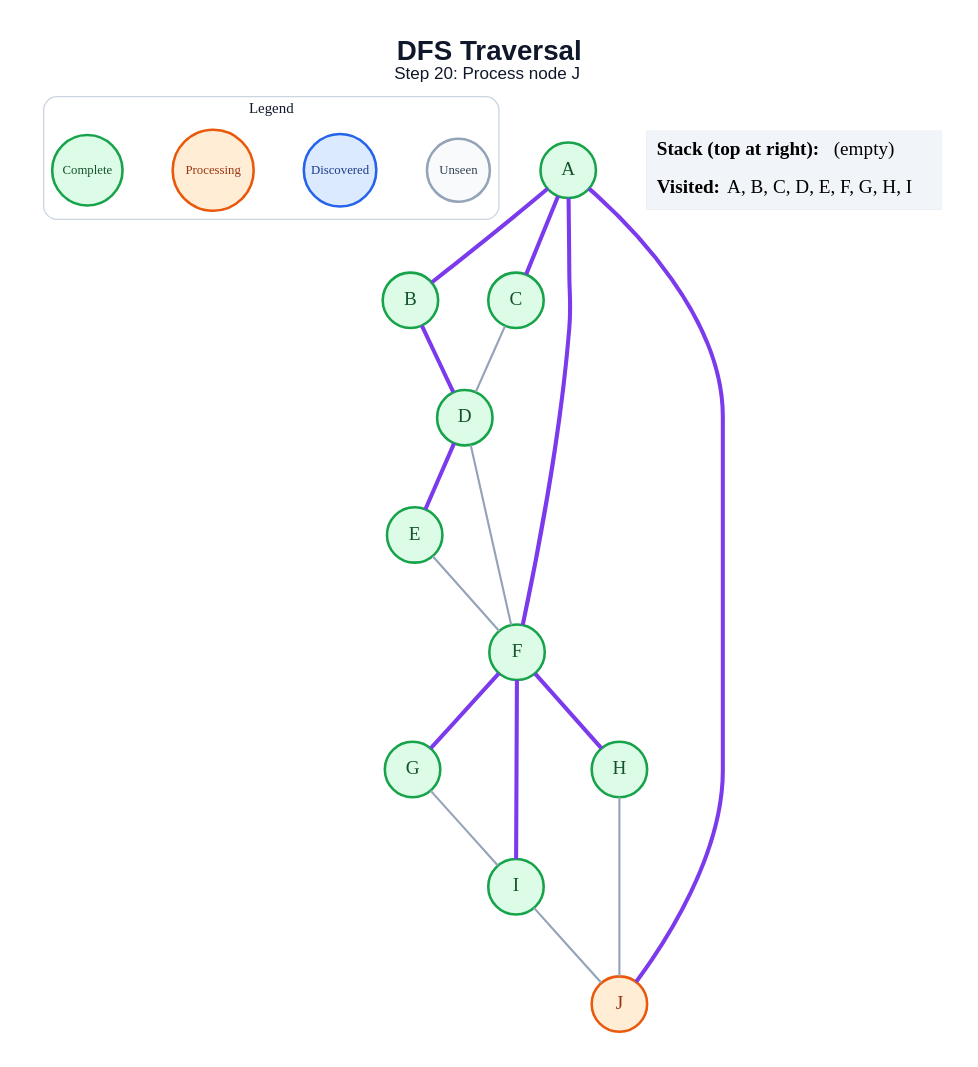
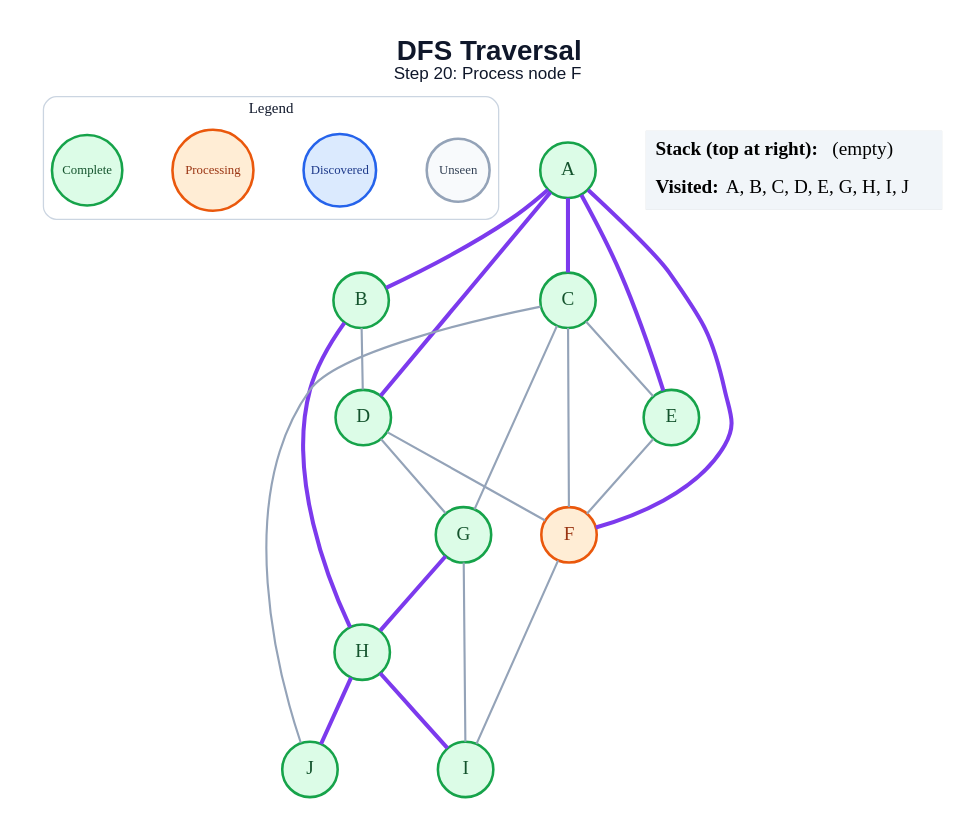
The diagram in generated/dfs/step_20.dot (amanghodawala9/ai-slop), drawn with Graphviz before and after one commit. The commit also changed 178 other files, not shown here.

```diff
--- a/generated/dfs/step_20.dot
+++ b/generated/dfs/step_20.dot
@@ -1,44 +1,48 @@
 graph traversal {
   graph [layout=dot, rankdir=TB, bgcolor="#FFFFFF", pad="0.35", nodesep="0.65", ranksep="0.8", fontname="Arial"];
   node [shape=circle, style="filled", fontname="Arial Bold", fontsize=18, width=0.72, fixedsize=true, penwidth=2.4];
   edge [color="#94A3B8", penwidth=2.0];
-  label=<<B>DFS Traversal</B><BR/><FONT POINT-SIZE="16">Step 20: Process node J</FONT>>; labelloc="t"; fontsize=26; fontname="Arial"; fontcolor="#0F172A";
+  label=<<B>DFS Traversal</B><BR/><FONT POINT-SIZE="16">Step 20: Process node F</FONT>>; labelloc="t"; fontsize=26; fontname="Arial"; fontcolor="#0F172A";
   subgraph cluster_legend { label="Legend"; color="#CBD5E1"; penwidth=1.2; style="rounded"; fontsize=14; fontname="Arial Bold";
     key_unseen [label="Unseen", fillcolor="#F8FAFC", color="#94A3B8", fontcolor="#334155", fontsize=12, width=0.82];
     key_frontier [label="Discovered", fillcolor="#DBEAFE", color="#2563EB", fontcolor="#1E3A8A", fontsize=12, width=0.95];
     key_current [label="Processing", fillcolor="#FFEDD5", color="#EA580C", fontcolor="#9A3412", fontsize=12, width=1.05];
     key_done [label="Complete", fillcolor="#DCFCE7", color="#16A34A", fontcolor="#14532D", fontsize=12, width=0.92];
     { rank=same; key_unseen; key_frontier; key_current; key_done; }
   }
   A [fillcolor="#DCFCE7", color="#16A34A", fontcolor="#14532D"];
   B [fillcolor="#DCFCE7", color="#16A34A", fontcolor="#14532D"];
   C [fillcolor="#DCFCE7", color="#16A34A", fontcolor="#14532D"];
   D [fillcolor="#DCFCE7", color="#16A34A", fontcolor="#14532D"];
   E [fillcolor="#DCFCE7", color="#16A34A", fontcolor="#14532D"];
-  F [fillcolor="#DCFCE7", color="#16A34A", fontcolor="#14532D"];
+  F [fillcolor="#FFEDD5", color="#EA580C", fontcolor="#9A3412"];
   G [fillcolor="#DCFCE7", color="#16A34A", fontcolor="#14532D"];
   H [fillcolor="#DCFCE7", color="#16A34A", fontcolor="#14532D"];
   I [fillcolor="#DCFCE7", color="#16A34A", fontcolor="#14532D"];
-  J [fillcolor="#FFEDD5", color="#EA580C", fontcolor="#9A3412"];
+  J [fillcolor="#DCFCE7", color="#16A34A", fontcolor="#14532D"];
   A -- B [color="#7C3AED", penwidth=3.8];
   A -- C [color="#7C3AED", penwidth=3.8];
+  A -- D [color="#7C3AED", penwidth=3.8];
+  A -- E [color="#7C3AED", penwidth=3.8];
   A -- F [color="#7C3AED", penwidth=3.8];
-  A -- J [color="#7C3AED", penwidth=3.8];
-  B -- D [color="#7C3AED", penwidth=3.8];
-  C -- D;
-  D -- E [color="#7C3AED", penwidth=3.8];
+  B -- D;
+  B -- H [color="#7C3AED", penwidth=3.8];
+  C -- E;
+  C -- F;
+  C -- G;
+  C -- J;
   D -- F;
+  D -- G;
   E -- F;
-  F -- G [color="#7C3AED", penwidth=3.8];
-  F -- H [color="#7C3AED", penwidth=3.8];
-  F -- I [color="#7C3AED", penwidth=3.8];
+  F -- I;
+  G -- H [color="#7C3AED", penwidth=3.8];
   G -- I;
-  H -- J;
-  I -- J;
+  H -- I [color="#7C3AED", penwidth=3.8];
+  H -- J [color="#7C3AED", penwidth=3.8];
   status [shape=plain, fixedsize=false, width=0, height=0, margin=0, label=<
     <TABLE BORDER="0" CELLBORDER="0" CELLPADDING="7" BGCOLOR="#F1F5F9">
       <TR><TD ALIGN="LEFT"><B>Stack (top at right):</B> (empty)</TD></TR>
-      <TR><TD ALIGN="LEFT"><B>Visited:</B> A, B, C, D, E, F, G, H, I</TD></TR>
+      <TR><TD ALIGN="LEFT"><B>Visited:</B> A, B, C, D, E, G, H, I, J</TD></TR>
     </TABLE>
   >];
 }
```
